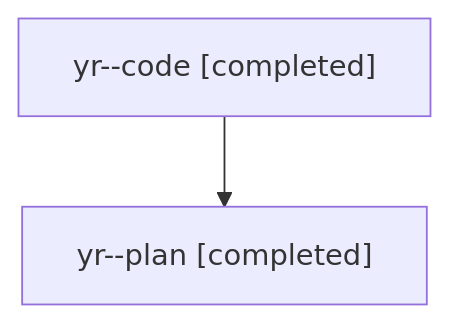
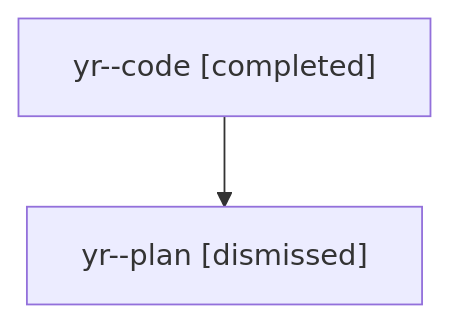
The diagram in families/bbugyi200.athena.yr.md (sase-org/sase--agents), drawn with Mermaid before and after one commit. The commit also changed other lines of this file and 1607 other files, not shown here.

````diff
--- a/families/bbugyi200.athena.yr.md
+++ b/families/bbugyi200.athena.yr.md
@@ -9,6 +9,6 @@
 ```mermaid
 flowchart TD
   n0["yr--code [completed]"]
-  n1["yr--plan [completed]"]
+  n1["yr--plan [dismissed]"]
   n0 --> n1
 ```
````
